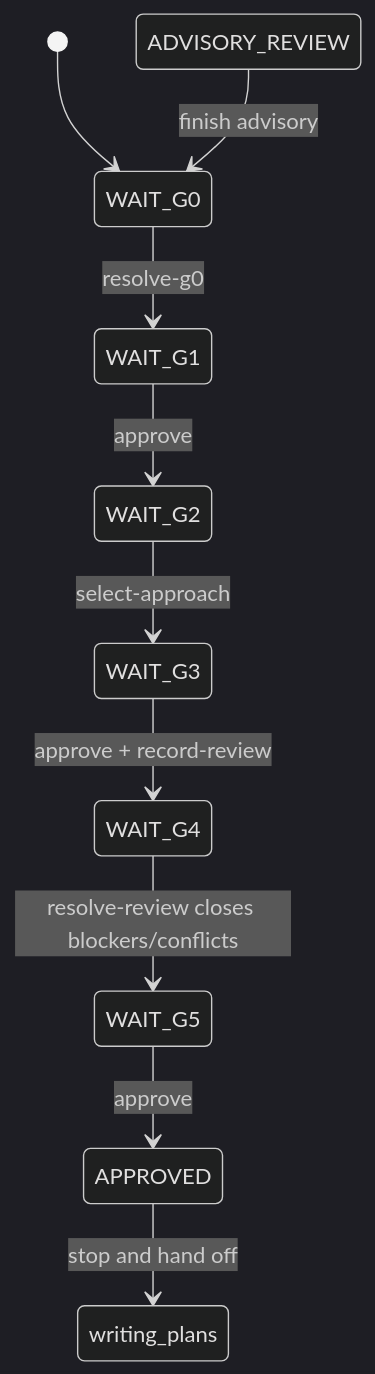
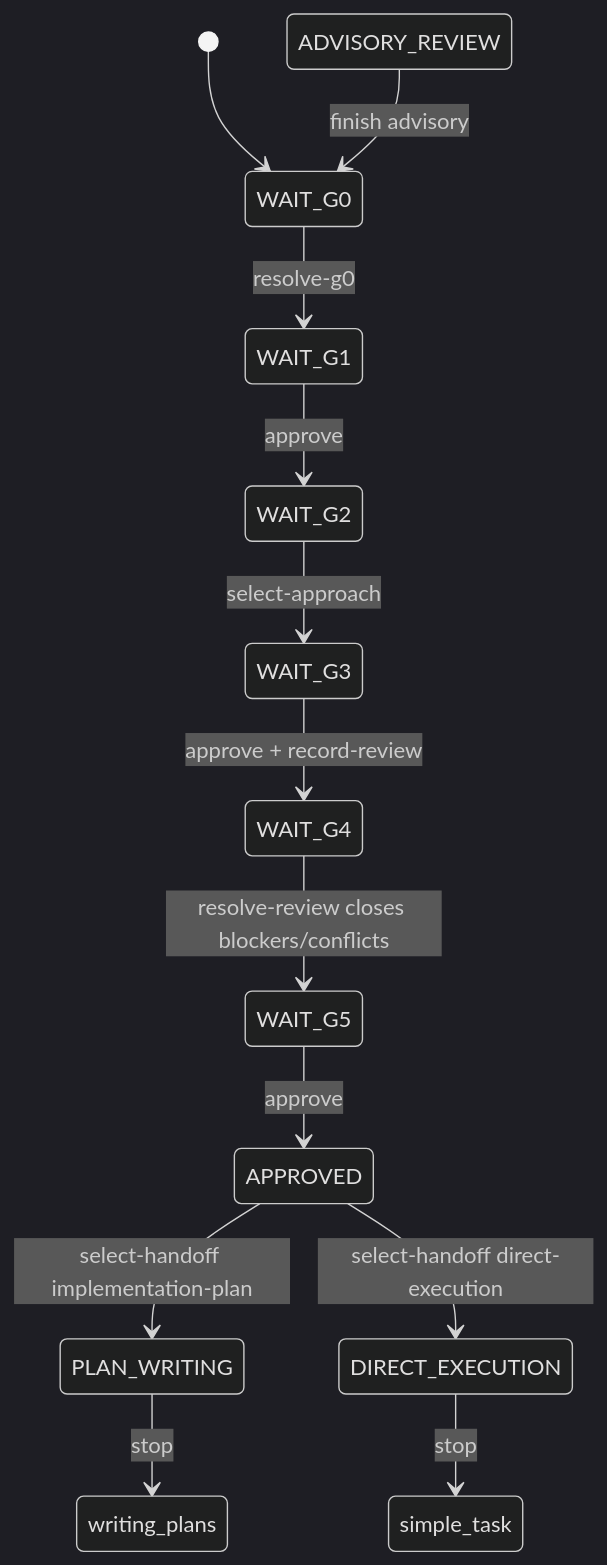
The diagram in .github/skills/internal-gateway-idea/SKILL.md (pagopa/cloud-strategy.github), drawn with Mermaid (dark theme) before and after one commit. The commit also changed other lines of this file and 6 other files, not shown here.

Commit message:
feat: Enhance internal-gateway-idea skill with explicit handoff choices for execution and plan writing

````diff
--- a/.github/skills/internal-gateway-idea/SKILL.md
+++ b/.github/skills/internal-gateway-idea/SKILL.md
@@ -78,12 +93,15 @@
 ```mermaid
 stateDiagram-v2
     [*] --> WAIT_G0
     WAIT_G0 --> WAIT_G1: resolve-g0
     WAIT_G1 --> WAIT_G2: approve
     WAIT_G2 --> WAIT_G3: select-approach
     WAIT_G3 --> WAIT_G4: approve + record-review
     WAIT_G4 --> WAIT_G5: resolve-review closes blockers/conflicts
     WAIT_G5 --> APPROVED: approve
-    APPROVED --> writing_plans: stop and hand off
+    APPROVED --> PLAN_WRITING: select-handoff implementation-plan
+    APPROVED --> DIRECT_EXECUTION: select-handoff direct-execution
+    PLAN_WRITING --> writing_plans: stop
+    DIRECT_EXECUTION --> simple_task: stop
     ADVISORY_REVIEW --> WAIT_G0: finish advisory
 ```
````
